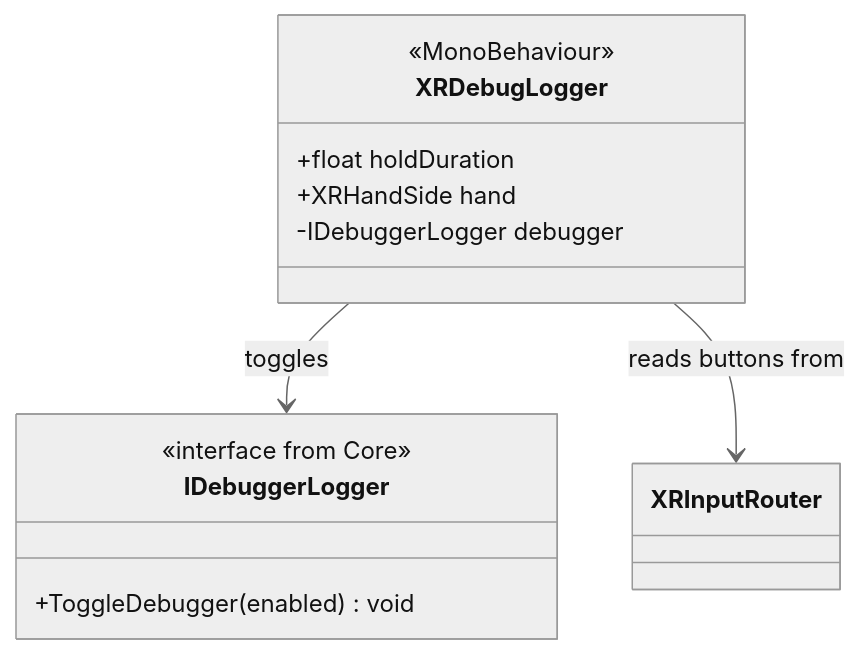
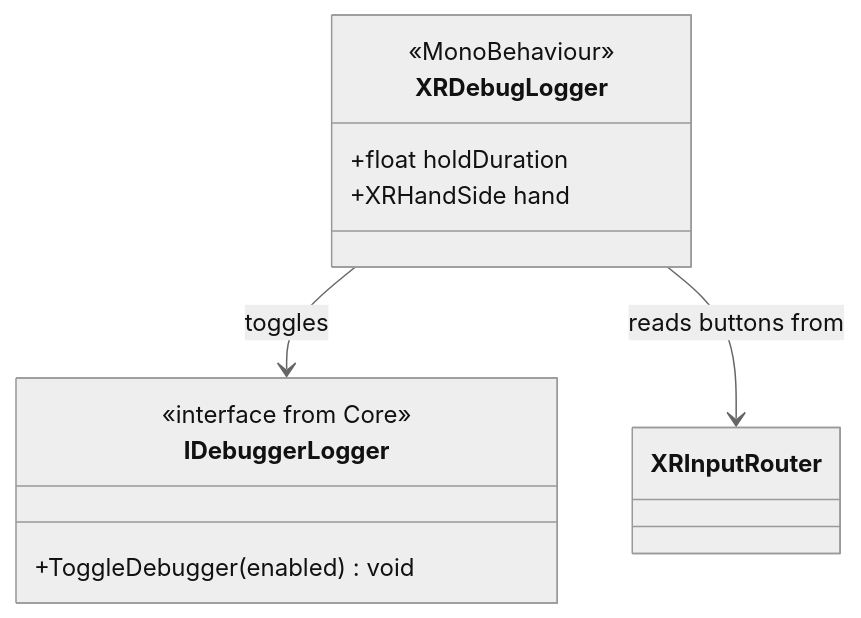
The diagram in Documentation/Debug.md (Louis27140/XR-Interactions), drawn with Mermaid (neutral theme) before and after one commit. The commit also changed other lines of this file and 31 other files, not shown here.

````diff
--- a/Documentation/Debug.md
+++ b/Documentation/Debug.md
@@ -7,17 +9,16 @@
 ```mermaid
 classDiagram
     class XRDebugLogger {
         <<MonoBehaviour>>
         +float holdDuration
         +XRHandSide hand
-        -IDebuggerLogger debugger
     }
-    
+
     class IDebuggerLogger {
         <<interface from Core>>
         +ToggleDebugger(enabled) void
     }
-    
+
     XRDebugLogger --> IDebuggerLogger : toggles
     XRDebugLogger --> XRInputRouter : reads buttons from
 ```
````
